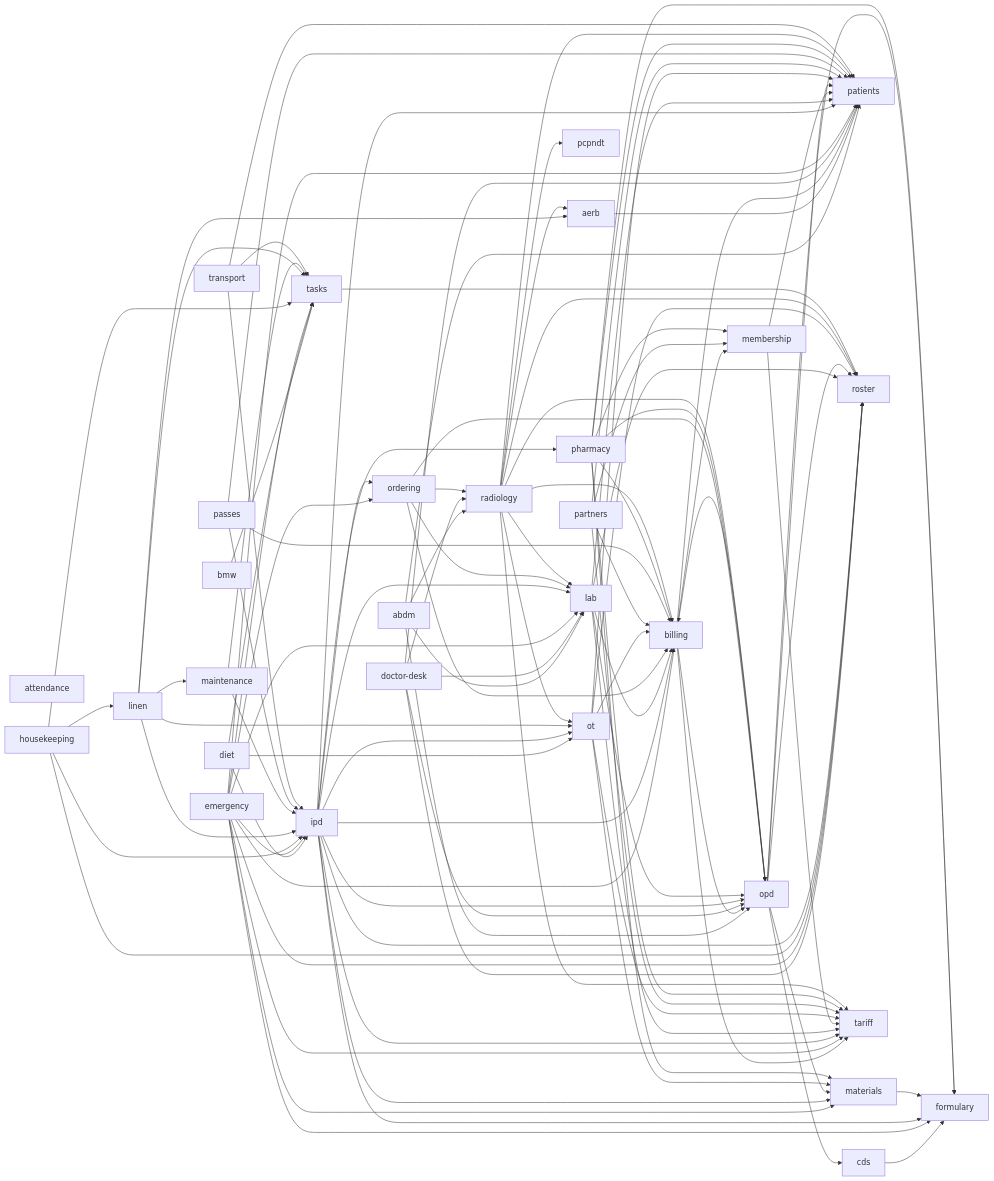
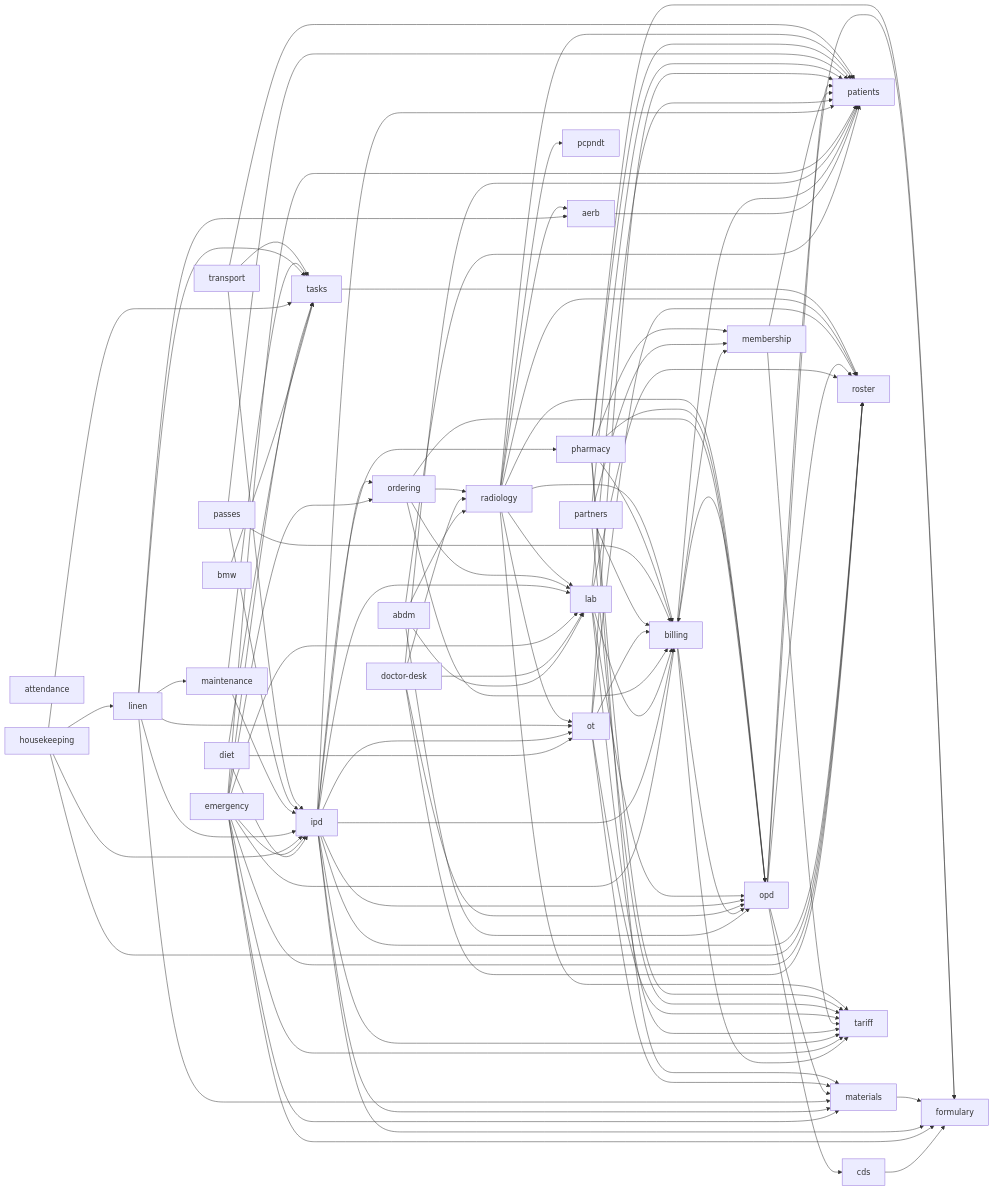
The second of 2 diagrams in docs/architecture/README.md (ankits3a/hims-hmis), drawn with Mermaid before and after one commit. The commit also changed other lines of this file and 6 other files, not shown here.

Commit message:
docs(linen): spec #979 built — build notes; MAP.md LD-2; regenerate the architecture map (#979)

```diff
--- a/docs/architecture/README.md
+++ b/docs/architecture/README.md
@@ -112,6 +112,7 @@
   linen --> aerb
   linen --> ipd
   linen --> maintenance
+  linen --> materials
   linen --> ot
   linen --> tasks
   maintenance --> ipd
```
